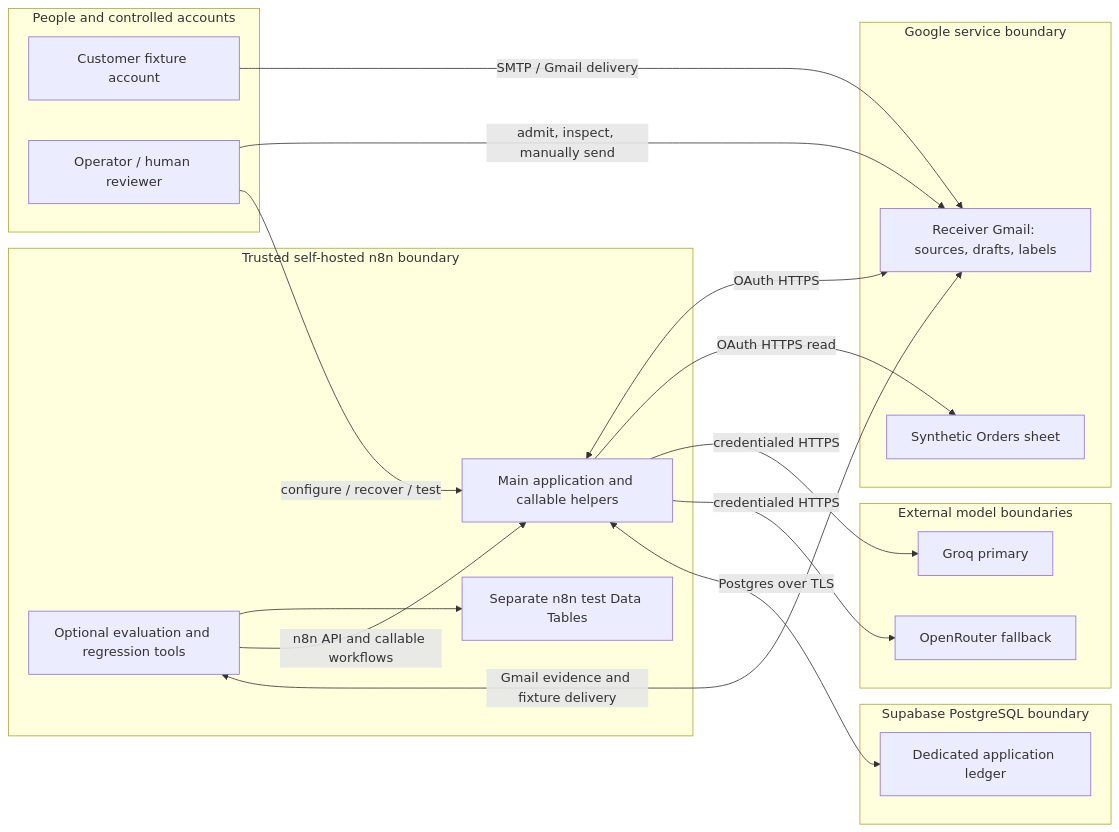
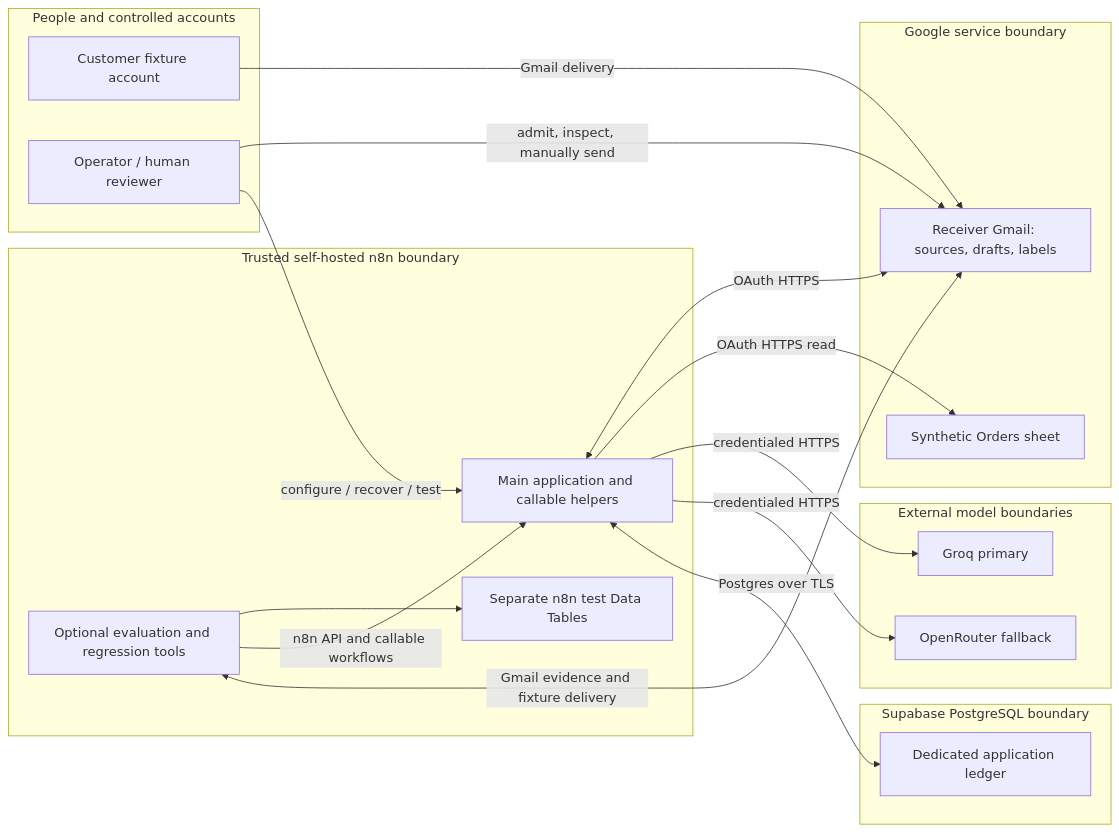
The first of 8 diagrams in docs/system-design.md (mickoSugianto/n8n-OrderStatusReplyDrafter), drawn with Mermaid before and after one commit. The commit also changed other lines of this file and 18 other files, not shown here.

````diff
--- a/docs/system-design.md
+++ b/docs/system-design.md
@@ -71,34 +71,34 @@
 ```mermaid
 flowchart LR
   subgraph People["People and controlled accounts"]
     C["Customer fixture account"]
     O["Operator / human reviewer"]
   end
   subgraph Google["Google service boundary"]
     G["Receiver Gmail: sources, drafts, labels"]
     S["Synthetic Orders sheet"]
   end
   subgraph Host["Trusted self-hosted n8n boundary"]
     M["Main application and callable helpers"]
     T["Optional evaluation and regression tools"]
     D["Separate n8n test Data Tables"]
     T --> D
   end
   subgraph Providers["External model boundaries"]
     Q["Groq primary"]
     R["OpenRouter fallback"]
   end
   subgraph DB["Supabase PostgreSQL boundary"]
     L["Dedicated application ledger"]
   end
-  C -->|"SMTP / Gmail delivery"| G
+  C -->|"Gmail delivery"| G
   O -->|"admit, inspect, manually send"| G
   O -->|"configure / recover / test"| M
   M <-->|"OAuth HTTPS"| G
   M -->|"OAuth HTTPS read"| S
   M -->|"credentialed HTTPS"| Q
   M -->|"credentialed HTTPS"| R
   M <-->|"Postgres over TLS"| L
   T -->|"n8n API and callable workflows"| M
   T <-->|"Gmail evidence and fixture delivery"| G
 ```
````
